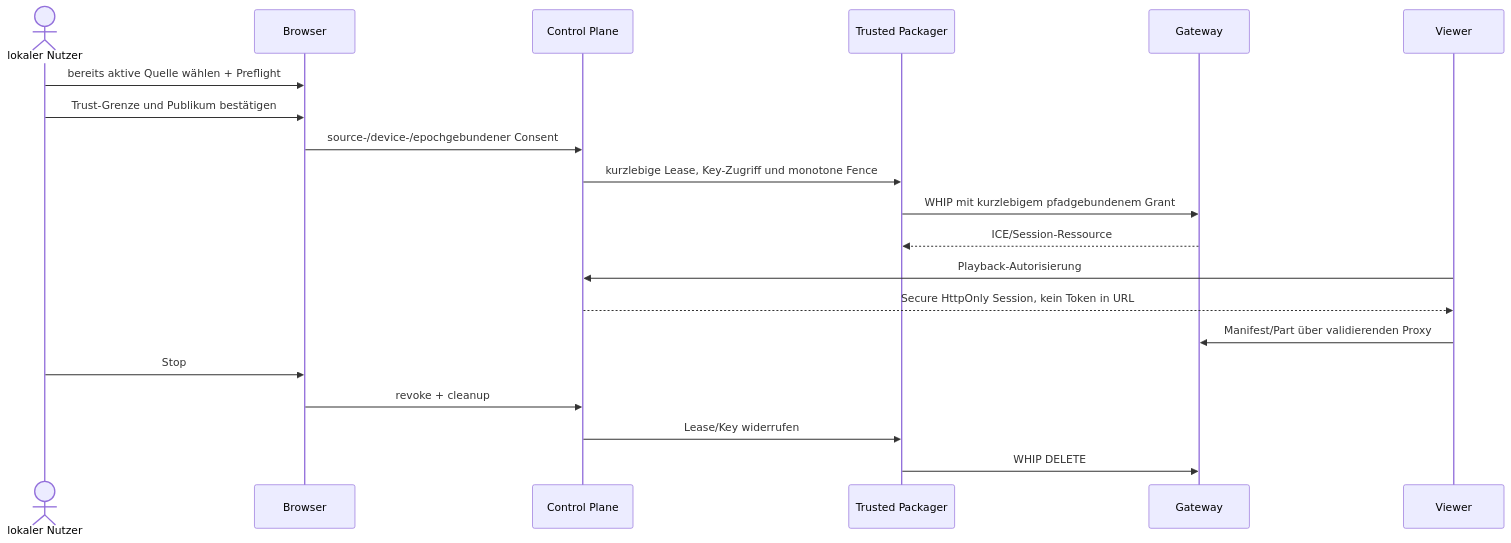
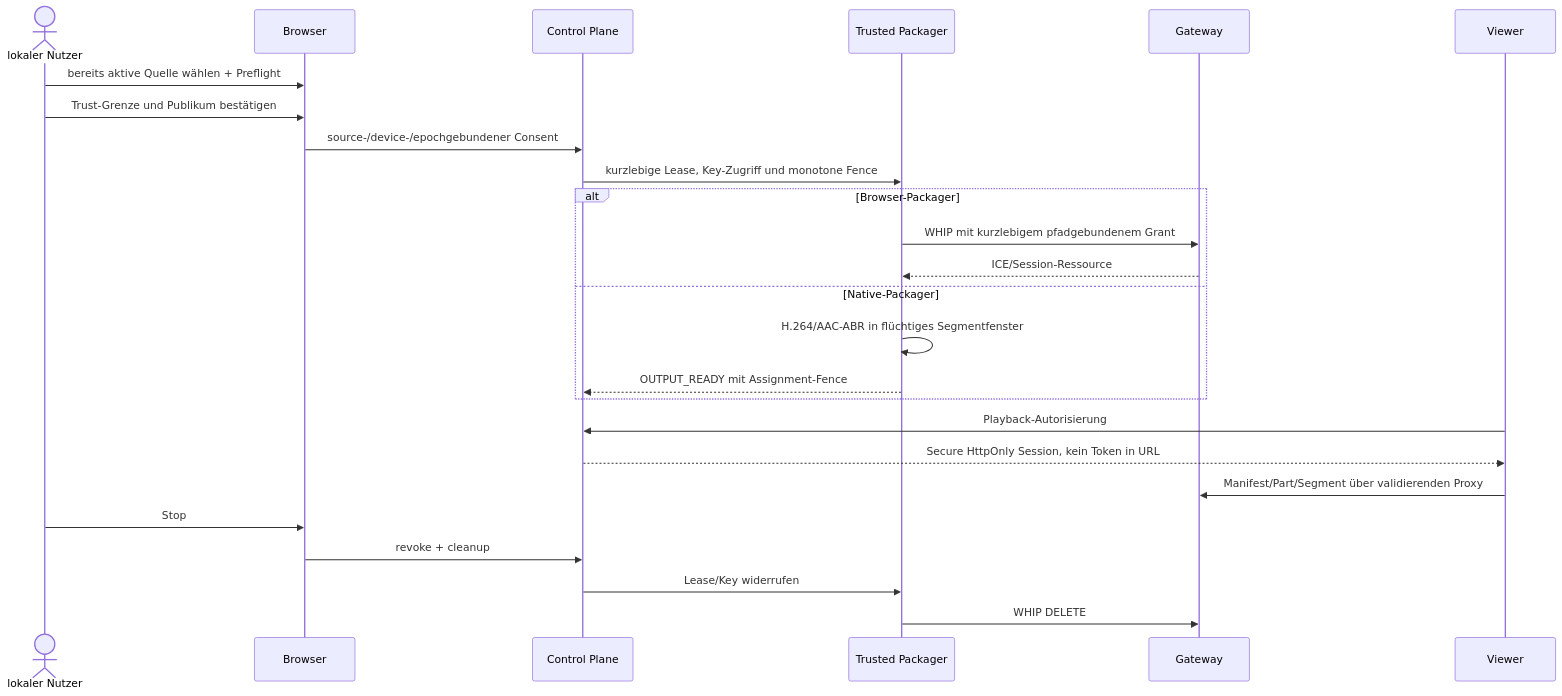
The second of 4 diagrams in docs/broadcast-production-architecture.md (ananta888/webrtc-minimize-server), drawn with Mermaid before and after one commit. The commit also changed other lines of this file and 30 other files, not shown here.

Commit message:
feat(packager): deliver fenced adaptive HLS output

````diff
--- a/docs/broadcast-production-architecture.md
+++ b/docs/broadcast-production-architecture.md
@@ -16,22 +18,27 @@
 ```mermaid
 sequenceDiagram
   actor U as lokaler Nutzer
   participant B as Browser
   participant C as Control Plane
   participant P as Trusted Packager
   participant G as Gateway
   participant V as Viewer
   U->>B: bereits aktive Quelle wählen + Preflight
   U->>B: Trust-Grenze und Publikum bestätigen
   B->>C: source-/device-/epochgebundener Consent
   C->>P: kurzlebige Lease, Key-Zugriff und monotone Fence
-  P->>G: WHIP mit kurzlebigem pfadgebundenem Grant
-  G-->>P: ICE/Session-Ressource
+  alt Browser-Packager
+    P->>G: WHIP mit kurzlebigem pfadgebundenem Grant
+    G-->>P: ICE/Session-Ressource
+  else Native-Packager
+    P->>P: H.264/AAC-ABR in flüchtiges Segmentfenster
+    P-->>C: OUTPUT_READY mit Assignment-Fence
+  end
   V->>C: Playback-Autorisierung
   C-->>V: Secure HttpOnly Session, kein Token in URL
-  V->>G: Manifest/Part über validierenden Proxy
+  V->>G: Manifest/Part/Segment über validierenden Proxy
   U->>B: Stop
   B->>C: revoke + cleanup
   C->>P: Lease/Key widerrufen
   P->>G: WHIP DELETE
 ```
````
